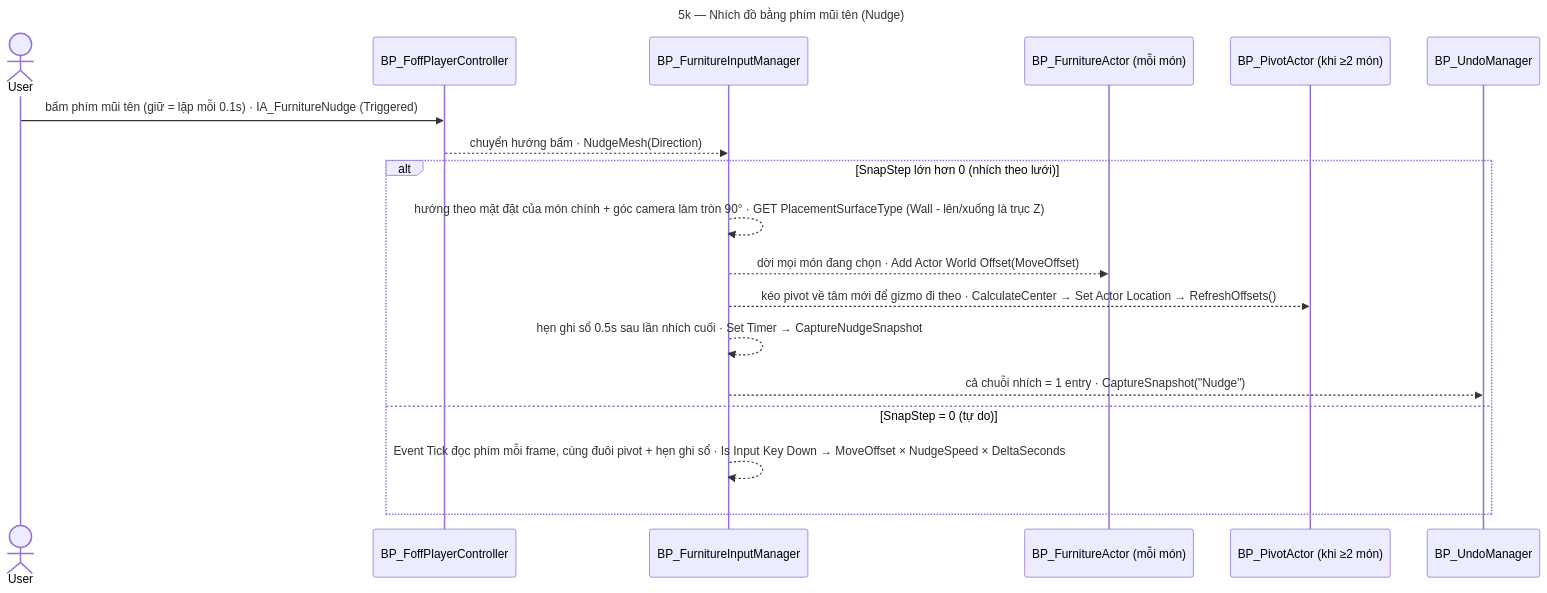
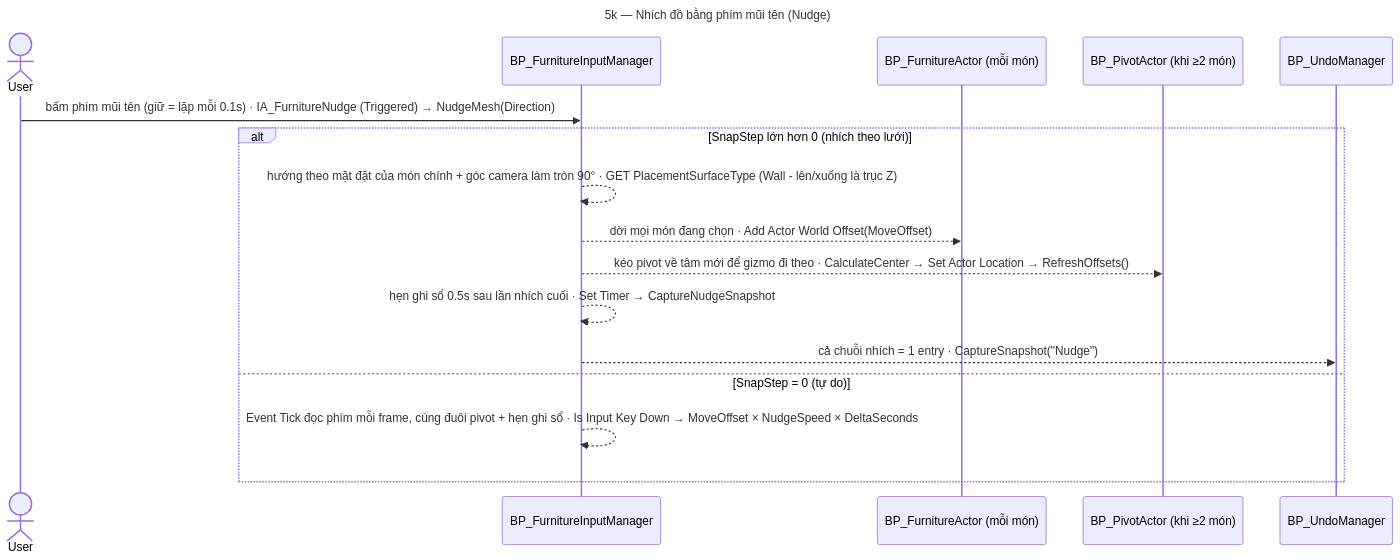
One commit to olivercu04/UE5_InteriorTool_Docs changed diagram 17 of 26 in docs/00_Core/Architecture_Map.md. Above: the diagram before and after it, drawn with Mermaid. The commit also changed other lines of this file and 30 other files, not shown here.

````diff
--- a/docs/00_Core/Architecture_Map.md
+++ b/docs/00_Core/Architecture_Map.md
@@ -1226,23 +1229,21 @@
 ```mermaid
 ---
 title: "5k — Nhích đồ bằng phím mũi tên (Nudge)"
 ---
 sequenceDiagram
   actor U as User
-  participant PC as BP_FoffPlayerController
   participant IM as BP_FurnitureInputManager
   participant FA as BP_FurnitureActor (mỗi món)
   participant PV as BP_PivotActor (khi ≥2 món)
   participant UM as BP_UndoManager
-  U->>PC: bấm phím mũi tên (giữ = lặp mỗi 0.1s) · IA_FurnitureNudge (Triggered)
-  PC-->>IM: chuyển hướng bấm · NudgeMesh(Direction)
+  U->>IM: bấm phím mũi tên (giữ = lặp mỗi 0.1s) · IA_FurnitureNudge (Triggered) → NudgeMesh(Direction)
   alt SnapStep lớn hơn 0 (nhích theo lưới)
     IM-->>IM: hướng theo mặt đặt của món chính + góc camera làm tròn 90° · GET PlacementSurfaceType (Wall - lên/xuống là trục Z)
     IM-->>FA: dời mọi món đang chọn · Add Actor World Offset(MoveOffset)
     IM-->>PV: kéo pivot về tâm mới để gizmo đi theo · CalculateCenter → Set Actor Location → RefreshOffsets()
     IM-->>IM: hẹn ghi sổ 0.5s sau lần nhích cuối · Set Timer → CaptureNudgeSnapshot
     IM-->>UM: cả chuỗi nhích = 1 entry · CaptureSnapshot("Nudge")
   else SnapStep = 0 (tự do)
     IM-->>IM: Event Tick đọc phím mỗi frame, cùng đuôi pivot + hẹn ghi sổ · Is Input Key Down → MoveOffset × NudgeSpeed × DeltaSeconds
   end
 ```
````
